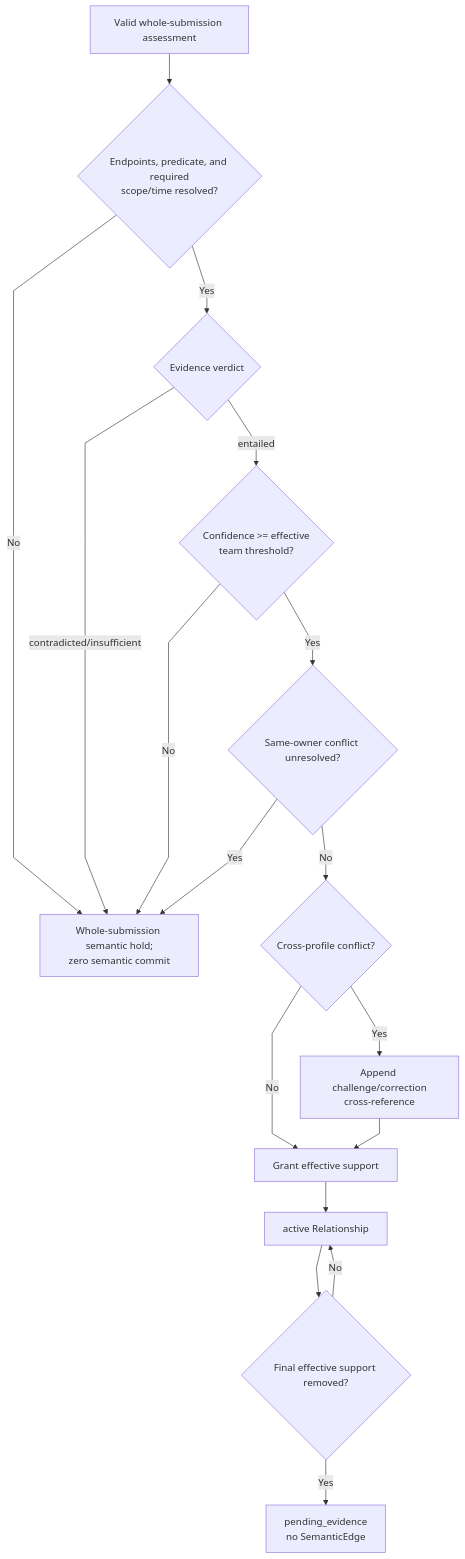
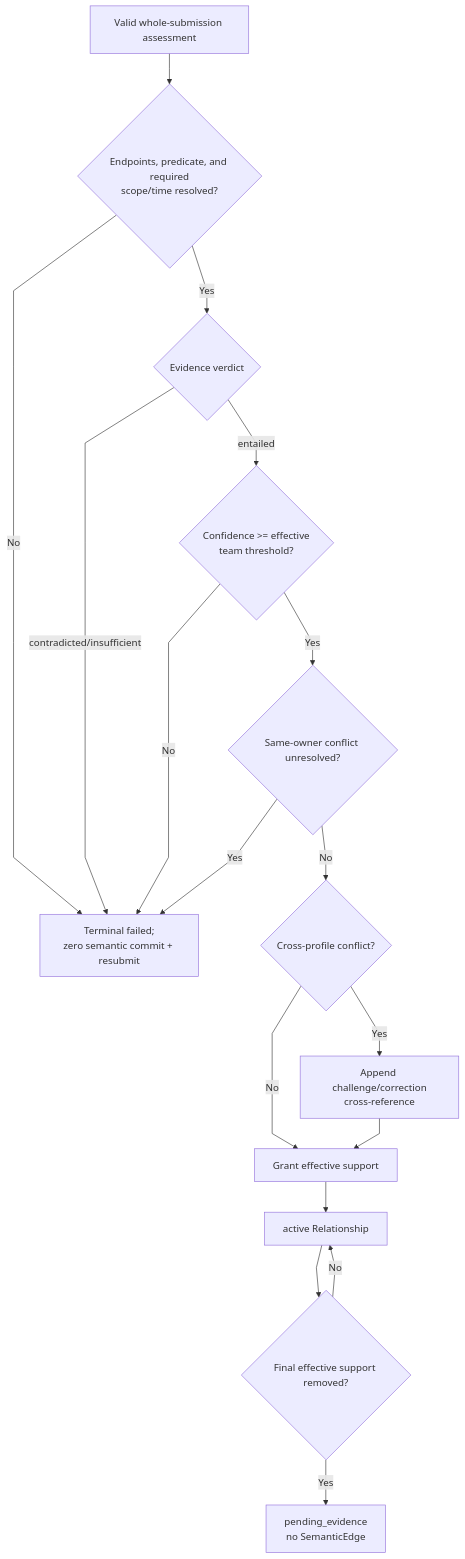
The sixth of 10 diagrams in Relationship-Model-And-Lifecycle.md (markhuangai/dense-mem), drawn with Mermaid before and after one commit. The commit also changed other lines of this file and 20 other files, not shown here.

````diff
--- a/Relationship-Model-And-Lifecycle.md
+++ b/Relationship-Model-And-Lifecycle.md
@@ -558,20 +558,20 @@
 ```mermaid
 %%{init: {"flowchart": {"curve": "linear"}}}%%
 flowchart TD
   Observation["Valid whole-submission assessment"] --> Structure{"Endpoints, predicate, and required<br/>scope/time resolved?"}
-  Structure -- No --> Hold["Whole-submission semantic hold;<br/>zero semantic commit"]
+  Structure -- No --> Hold["Terminal failed;<br/>zero semantic commit + resubmit"]
   Structure -- Yes --> Verdict{"Evidence verdict"}
   Verdict -- contradicted/insufficient --> Hold
   Verdict -- entailed --> Gate{"Confidence >= effective<br/>team threshold?"}
   Gate -- No --> Hold
   Gate -- Yes --> OwnerConflict{"Same-owner conflict unresolved?"}
   OwnerConflict -- Yes --> Hold
   OwnerConflict -- No --> Cross{"Cross-profile conflict?"}
   Cross -- Yes --> Reference["Append challenge/correction<br/>cross-reference"]
   Cross -- No --> Support["Grant effective support"]
   Reference --> Support
   Support --> Active["active Relationship"]
   Active --> Lost{"Final effective support removed?"}
   Lost -- No --> Active
   Lost -- Yes --> Pending["pending_evidence<br/>no SemanticEdge"]
 ```
````
